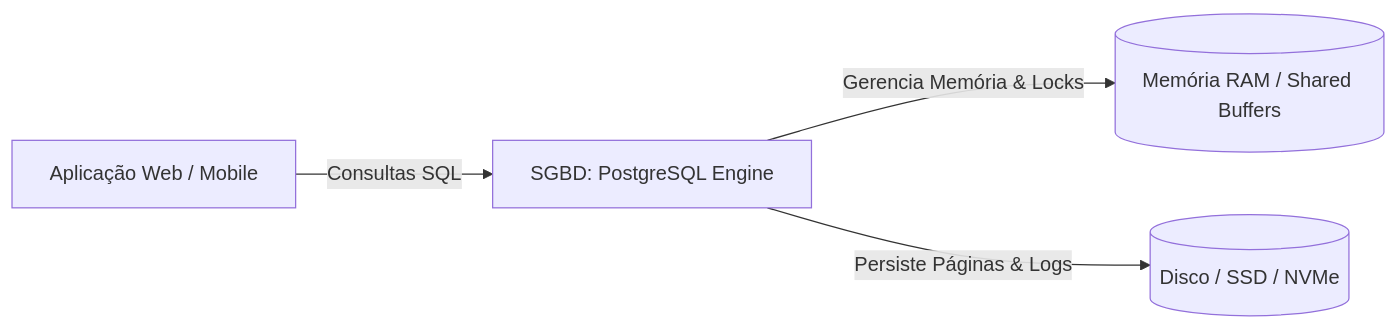
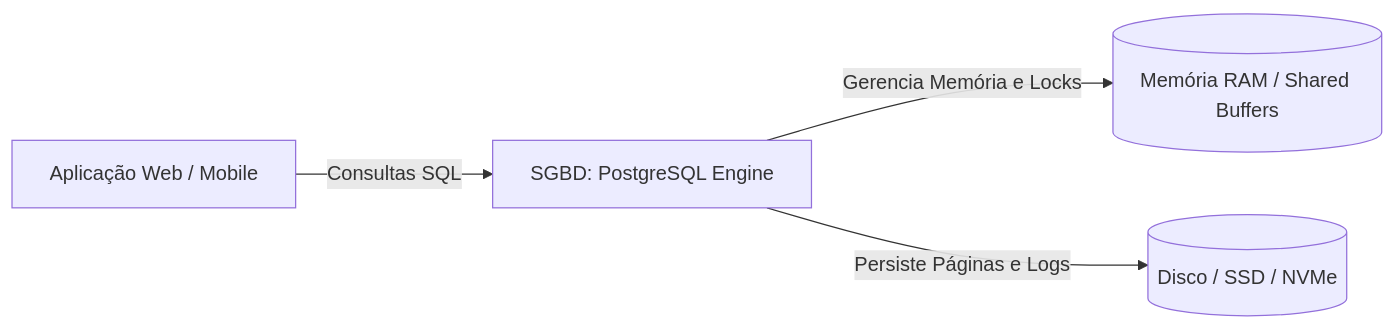
One commit to diogofragoso/postgresql changed the first of 2 diagrams in 01-fundamentos/01-introducao-ao-banco-de-dados.md. Above: the diagram before and after it, drawn with Mermaid. The commit also changed 28 other files, not shown here.

````diff
--- a/01-fundamentos/01-introducao-ao-banco-de-dados.md
+++ b/01-fundamentos/01-introducao-ao-banco-de-dados.md
@@ -23,6 +23,6 @@
 ```mermaid
 flowchart LR
     App[Aplicação Web / Mobile] -->|Consultas SQL| SGBD[SGBD: PostgreSQL Engine]
-    SGBD -->|Gerencia Memória & Locks| RAM[(Memória RAM / Shared Buffers)]
-    SGBD -->|Persiste Páginas & Logs| Disk[(Disco / SSD / NVMe)]
+    SGBD -->|Gerencia Memória e Locks| RAM[(Memória RAM / Shared Buffers)]
+    SGBD -->|Persiste Páginas e Logs| Disk[(Disco / SSD / NVMe)]
 ```
````
